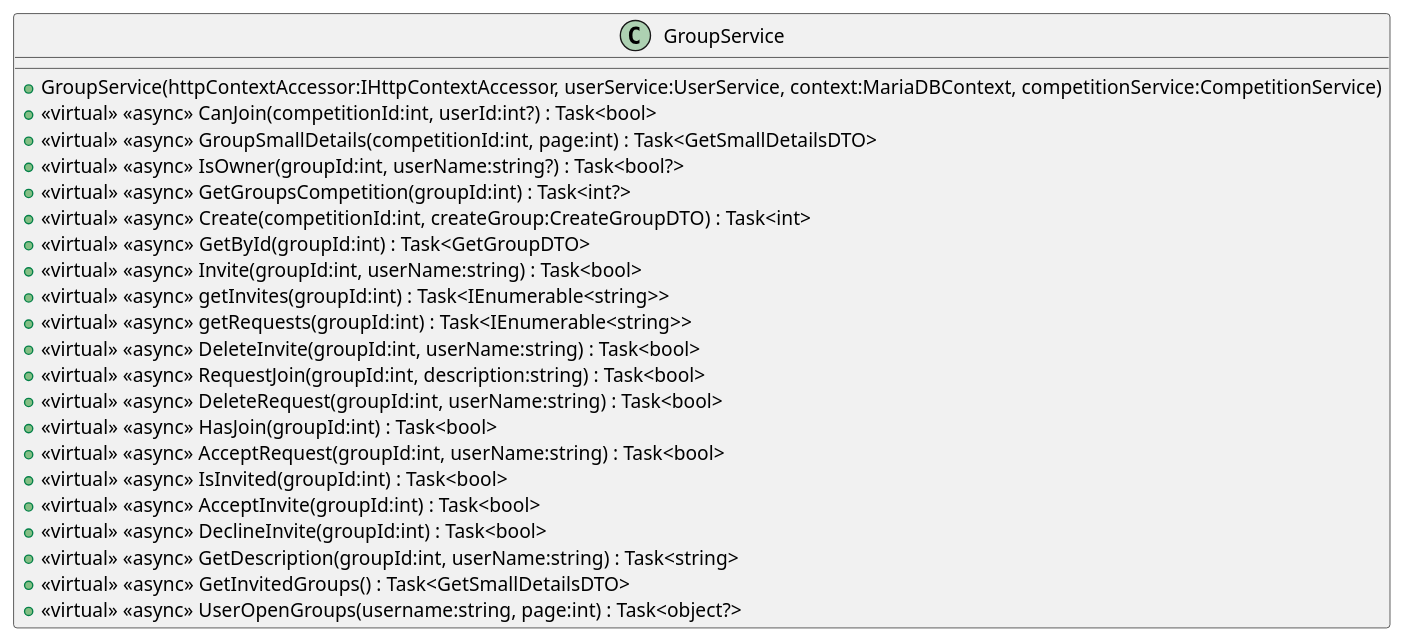
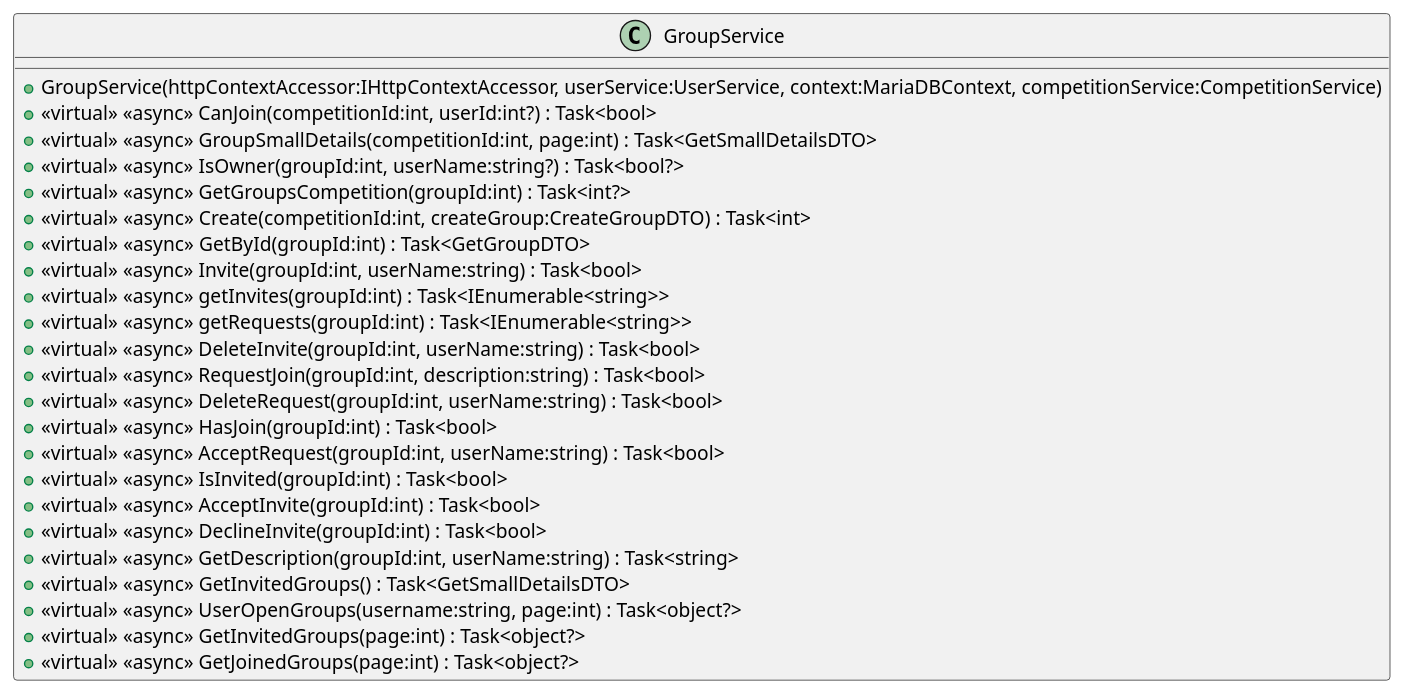
The diagram in plantuml/Backend/Services/GroupService.puml (CserpakRobert/bsc_szakdolgozat), drawn with PlantUML before and after one commit. The commit also changed 32 other files, not shown here.

```diff
--- a/plantuml/Backend/Services/GroupService.puml
+++ b/plantuml/Backend/Services/GroupService.puml
@@ -1,25 +1,27 @@
 @startuml
 class GroupService {
     + GroupService(httpContextAccessor:IHttpContextAccessor, userService:UserService, context:MariaDBContext, competitionService:CompetitionService)
     + <<virtual>> <<async>> CanJoin(competitionId:int, userId:int?) : Task<bool>
     + <<virtual>> <<async>> GroupSmallDetails(competitionId:int, page:int) : Task<GetSmallDetailsDTO>
     + <<virtual>> <<async>> IsOwner(groupId:int, userName:string?) : Task<bool?>
     + <<virtual>> <<async>> GetGroupsCompetition(groupId:int) : Task<int?>
     + <<virtual>> <<async>> Create(competitionId:int, createGroup:CreateGroupDTO) : Task<int>
     + <<virtual>> <<async>> GetById(groupId:int) : Task<GetGroupDTO>
     + <<virtual>> <<async>> Invite(groupId:int, userName:string) : Task<bool>
     + <<virtual>> <<async>> getInvites(groupId:int) : Task<IEnumerable<string>>
     + <<virtual>> <<async>> getRequests(groupId:int) : Task<IEnumerable<string>>
     + <<virtual>> <<async>> DeleteInvite(groupId:int, userName:string) : Task<bool>
     + <<virtual>> <<async>> RequestJoin(groupId:int, description:string) : Task<bool>
     + <<virtual>> <<async>> DeleteRequest(groupId:int, userName:string) : Task<bool>
     + <<virtual>> <<async>> HasJoin(groupId:int) : Task<bool>
     + <<virtual>> <<async>> AcceptRequest(groupId:int, userName:string) : Task<bool>
     + <<virtual>> <<async>> IsInvited(groupId:int) : Task<bool>
     + <<virtual>> <<async>> AcceptInvite(groupId:int) : Task<bool>
     + <<virtual>> <<async>> DeclineInvite(groupId:int) : Task<bool>
     + <<virtual>> <<async>> GetDescription(groupId:int, userName:string) : Task<string>
     + <<virtual>> <<async>> GetInvitedGroups() : Task<GetSmallDetailsDTO>
     + <<virtual>> <<async>> UserOpenGroups(username:string, page:int) : Task<object?>
+    + <<virtual>> <<async>> GetInvitedGroups(page:int) : Task<object?>
+    + <<virtual>> <<async>> GetJoinedGroups(page:int) : Task<object?>
 }
 @enduml
```
